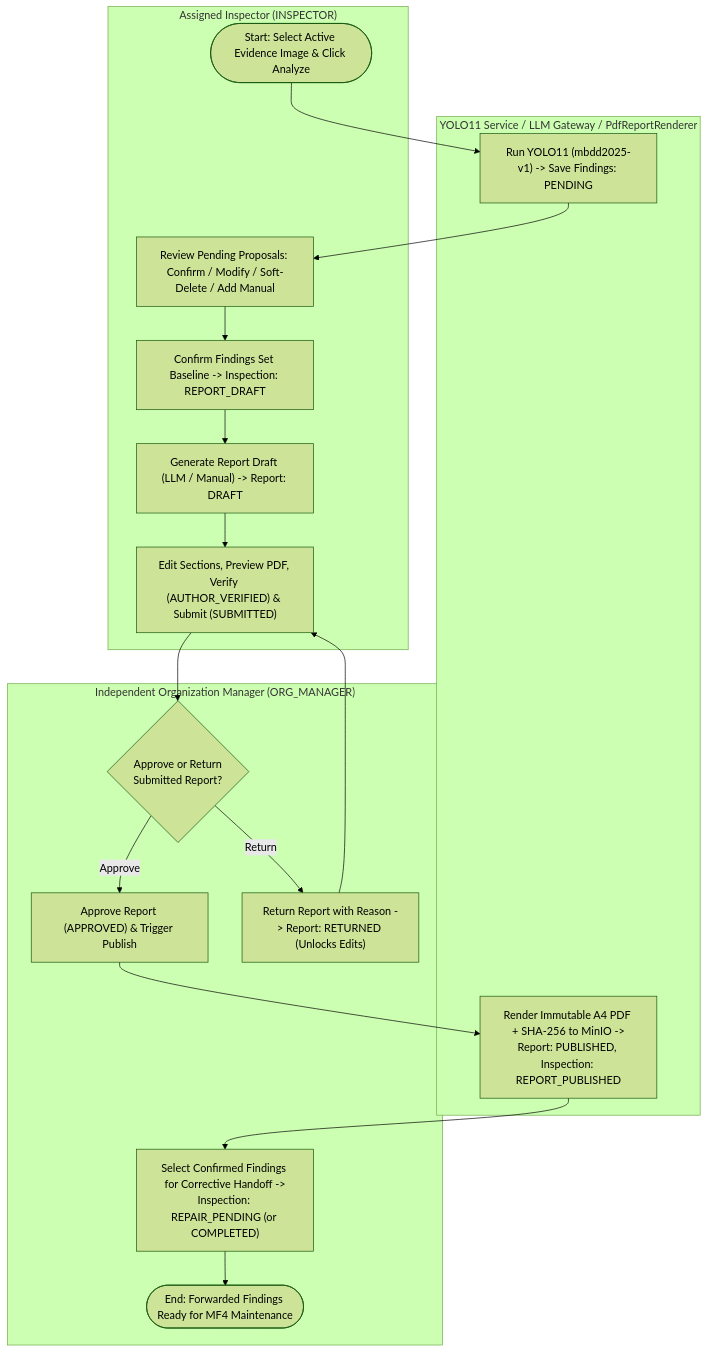
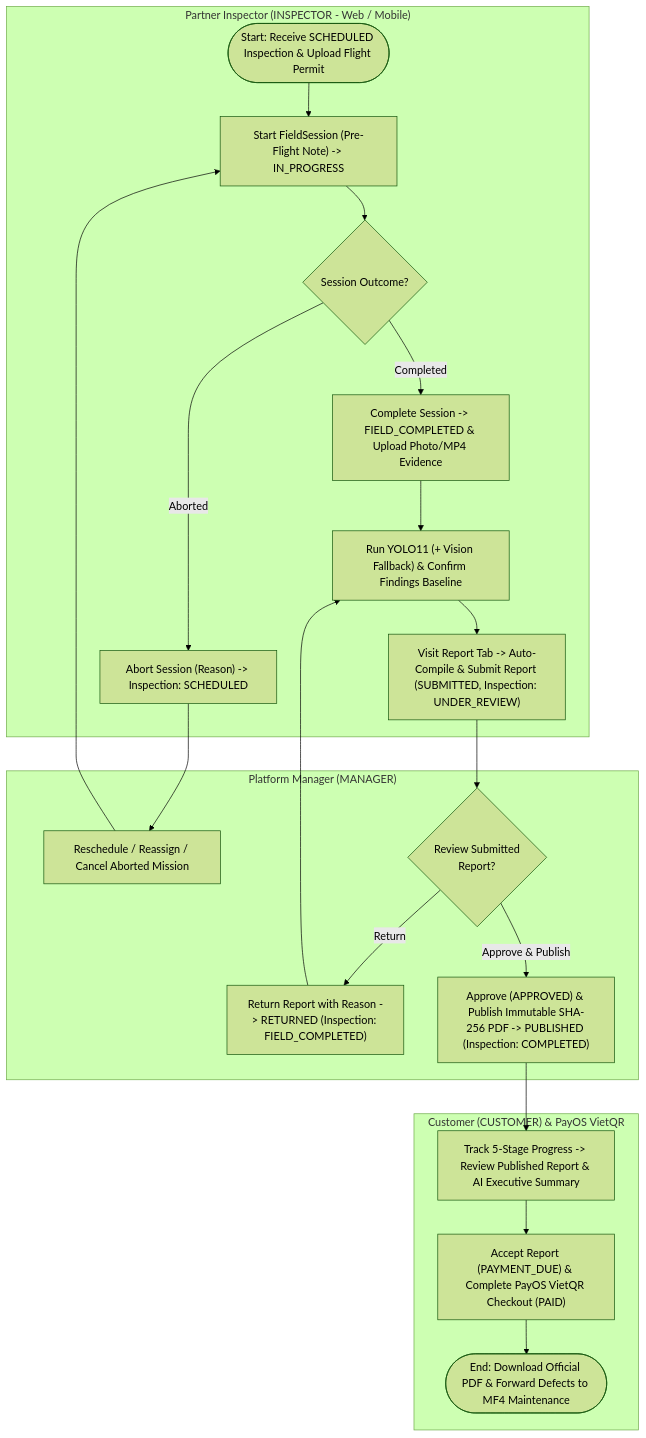
Diagram 18 of 23 in reports/report-4-software-design-document/03-detailed-design.md (tungbach12/SmartDroneInspection-Docs), drawn with Mermaid (forest theme) before and after one commit. The commit also changed other lines of this file and 245 other files, not shown here.

First line of the commit message:
docs(reports): synchronize all reports, diagrams, and test sheets to 5-role 8-feature baseline

````diff
--- a/reports/report-4-software-design-document/03-detailed-design.md
+++ b/reports/report-4-software-design-document/03-detailed-design.md
@@ -769,28 +757,32 @@
 ```mermaid
-%% title: WF-03 Activity Diagram - AI Defect Detection, Report Publication and Corrective Handoff
+%% title: WF-03 Activity Diagram - Permit Gate, Field Session, YOLO11, Auto-Compiled Report and PayOS
 flowchart TD
-  subgraph IN3["Assigned Inspector (INSPECTOR)"]
-    C1(["Start: Select Active Evidence Image & Click Analyze"])
-    C3["Review Pending Proposals: Confirm / Modify / Soft-Delete / Add Manual"]
-    C4["Confirm Findings Set Baseline -> Inspection: REPORT_DRAFT"]
-    C5["Generate Report Draft (LLM / Manual) -> Report: DRAFT"]
-    C6["Edit Sections, Preview PDF, Verify (AUTHOR_VERIFIED) & Submit (SUBMITTED)"]
+  subgraph IN3["Partner Inspector (INSPECTOR - Web / Mobile)"]
+    C1(["Start: Receive SCHEDULED Inspection & Upload Flight Permit"])
+    C2["Start FieldSession (Pre-Flight Note) -> IN_PROGRESS"]
+    C3{"Session Outcome?"}
+    C4["Abort Session (Reason) -> Inspection: SCHEDULED"]
+    C5["Complete Session -> FIELD_COMPLETED & Upload Photo/MP4 Evidence"]
+    C6["Run YOLO11 (+ Vision Fallback) & Confirm Findings Baseline"]
+    C7["Visit Report Tab -> Auto-Compile & Submit Report (SUBMITTED, Inspection: UNDER_REVIEW)"]
   end
 
-  subgraph AI3["YOLO11 Service / LLM Gateway / PdfReportRenderer"]
-    C2["Run YOLO11 (mbdd2025-v1) -> Save Findings: PENDING"]
-    C9["Render Immutable A4 PDF + SHA-256 to MinIO ->\nReport: PUBLISHED, Inspection: REPORT_PUBLISHED"]
+  subgraph MG3["Platform Manager (MANAGER)"]
+    C4M["Reschedule / Reassign / Cancel Aborted Mission"]
+    C8{"Review Submitted\nReport?"}
+    C9["Return Report with Reason -> RETURNED (Inspection: FIELD_COMPLETED)"]
+    C10["Approve (APPROVED) & Publish Immutable SHA-256 PDF -> PUBLISHED (Inspection: COMPLETED)"]
   end
 
-  subgraph OM3["Independent Organization Manager (ORG_MANAGER)"]
-    C7{"Approve or Return\nSubmitted Report?"}
-    C8["Approve Report (APPROVED) & Trigger Publish"]
-    C10["Return Report with Reason -> Report: RETURNED (Unlocks Edits)"]
-    C11["Select Confirmed Findings for Corrective Handoff ->\nInspection: REPAIR_PENDING (or COMPLETED)"]
-    C12(["End: Forwarded Findings Ready for MF4 Maintenance"])
+  subgraph CU3["Customer (CUSTOMER) & PayOS VietQR"]
+    C11["Track 5-Stage Progress -> Review Published Report & AI Executive Summary"]
+    C12["Accept Report (PAYMENT_DUE) & Complete PayOS VietQR Checkout (PAID)"]
+    C13(["End: Download Official PDF & Forward Defects to MF4 Maintenance"])
   end
 
-  C1 --> C2 --> C3 --> C4 --> C5 --> C6 --> C7
-  C7 -->|"Return"| C10 --> C6
-  C7 -->|"Approve"| C8 --> C9 --> C11 --> C12
+  C1 --> C2 --> C3
+  C3 -->|"Aborted"| C4 --> C4M --> C2
+  C3 -->|"Completed"| C5 --> C6 --> C7 --> C8
+  C8 -->|"Return"| C9 --> C6
+  C8 -->|"Approve & Publish"| C10 --> C11 --> C12 --> C13
 ```
````
